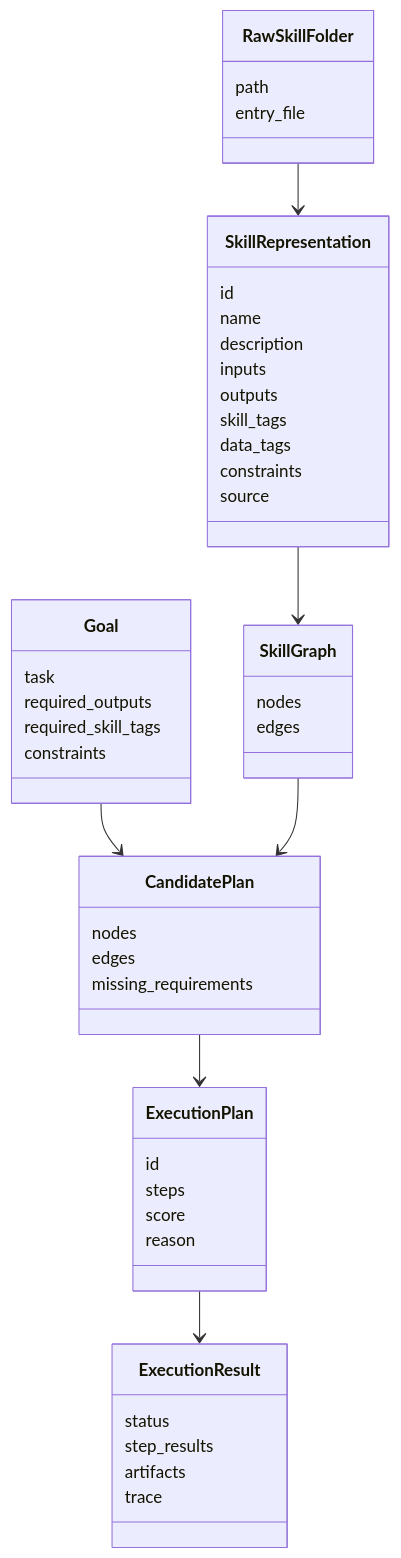
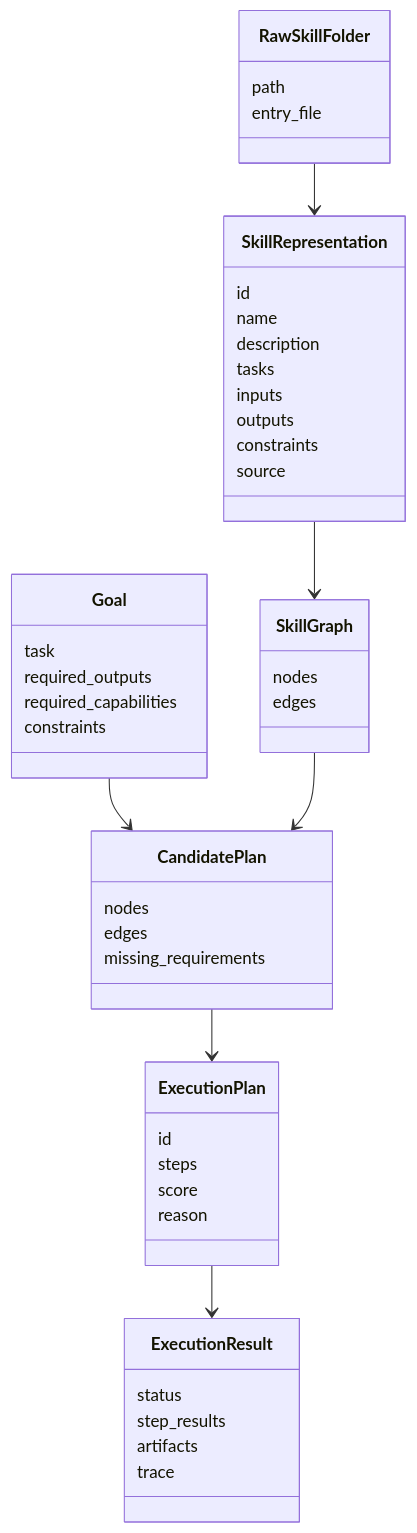
Before and after one commit to xiao-yu-lin/SkillMash: the second of 4 diagrams in docs/skill-orchestration-system-design.md, drawn with Mermaid. The commit also changed other lines of this file and 21 other files, not shown here.

Commit message:
Implement slot-aware ranking flow and relation feedback loop

````diff
--- a/docs/skill-orchestration-system-design.md
+++ b/docs/skill-orchestration-system-design.md
@@ -150,58 +150,57 @@
 ```mermaid
 classDiagram
   class RawSkillFolder {
     path
     entry_file
   }
 
   class SkillRepresentation {
     id
     name
     description
+    tasks
     inputs
     outputs
-    skill_tags
-    data_tags
     constraints
     source
   }
 
   class SkillGraph {
     nodes
     edges
   }
 
   class Goal {
     task
     required_outputs
-    required_skill_tags
+    required_capabilities
     constraints
   }
 
   class CandidatePlan {
     nodes
     edges
     missing_requirements
   }
 
   class ExecutionPlan {
     id
     steps
     score
     reason
   }
 
   class ExecutionResult {
     status
     step_results
     artifacts
     trace
   }
 
   RawSkillFolder --> SkillRepresentation
   SkillRepresentation --> SkillGraph
   Goal --> CandidatePlan
   SkillGraph --> CandidatePlan
   CandidatePlan --> ExecutionPlan
   ExecutionPlan --> ExecutionResult
 ```
````
